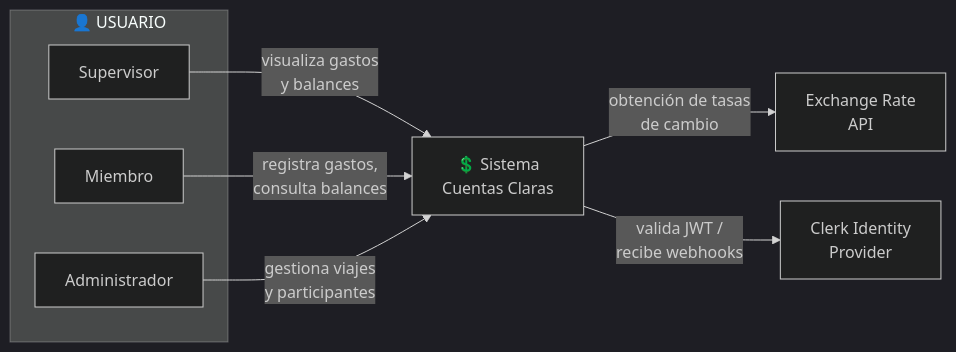
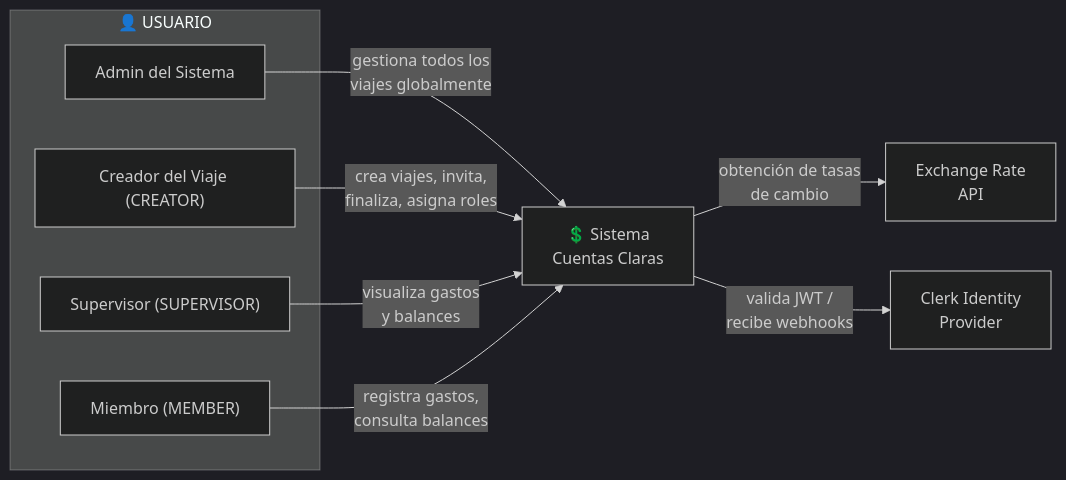
The first of 3 diagrams in documentacion/02-diagramas.md (Enry6tz/Cuentas-Claras-backend), drawn with Mermaid (dark theme) before and after one commit. The commit also changed other lines of this file and 30 other files, not shown here.

````diff
--- a/documentacion/02-diagramas.md
+++ b/documentacion/02-diagramas.md
@@ -10,19 +10,21 @@
 ```mermaid
 graph LR
     subgraph USUARIO["👤 USUARIO"]
-        Supervisor["Supervisor"]
-        Miembro["Miembro"]
-        Administrador["Administrador"]
+        AdminSistema["Admin del Sistema"]
+        Creador["Creador del Viaje (CREATOR)"]
+        Supervisor["Supervisor (SUPERVISOR)"]
+        Miembro["Miembro (MEMBER)"]
     end
 
     Sistema["💲 Sistema\nCuentas Claras"]
     ExchangeAPI["Exchange Rate\nAPI"]
     Clerk["Clerk Identity\nProvider"]
 
+    AdminSistema -->|"gestiona todos los\nviajes globalmente"| Sistema
+    Creador -->|"crea viajes, invita,\nfinaliza, asigna roles"| Sistema
     Supervisor -->|"visualiza gastos\ny balances"| Sistema
     Miembro -->|"registra gastos,\nconsulta balances"| Sistema
-    Administrador -->|"gestiona viajes\ny participantes"| Sistema
 
     Sistema -->|"obtención de tasas\nde cambio"| ExchangeAPI
     Sistema -->|"valida JWT /\nrecibe webhooks"| Clerk
 ```
````
